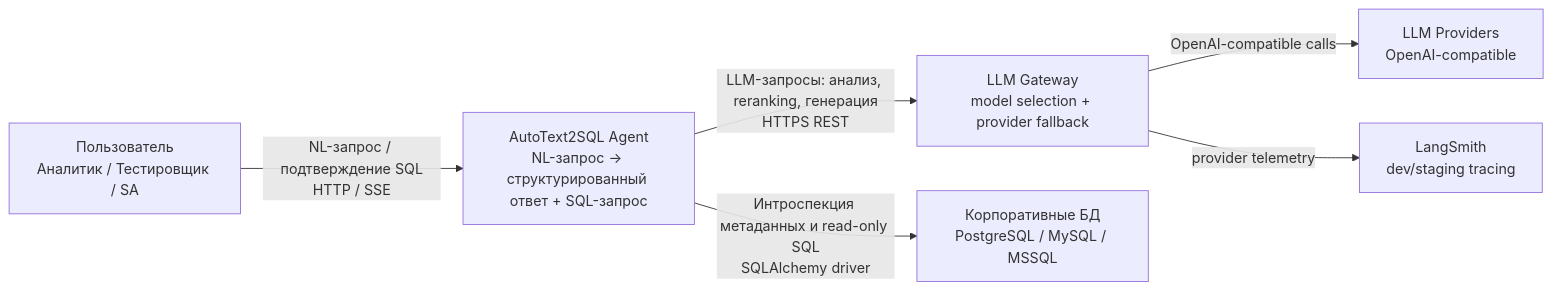
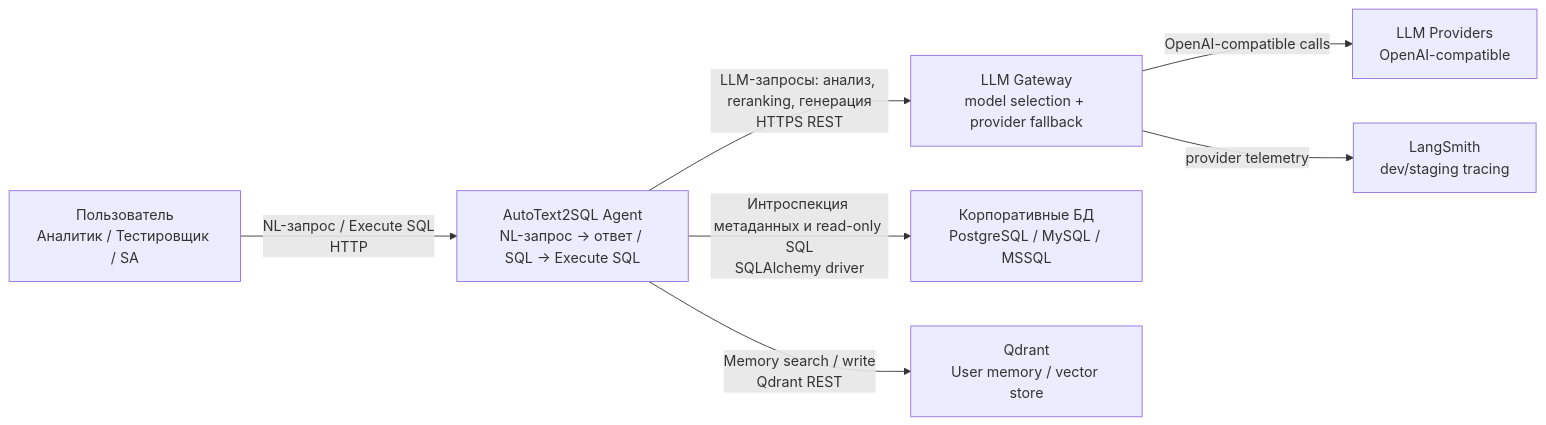
One commit to 1y2u3i4-boop/AutoText2SqlAgent changed the diagram in docs/diagrams/c4-context.md. Above: the diagram before and after it, drawn with Mermaid. The commit also changed other lines of this file and 52 other files, not shown here.

````diff
--- a/docs/diagrams/c4-context.md
+++ b/docs/diagrams/c4-context.md
@@ -5,15 +5,17 @@
 ```mermaid
 flowchart LR
     user["Пользователь<br/>Аналитик / Тестировщик / SA"]
-    agent["AutoText2SQL Agent<br/>NL-запрос -> структурированный ответ + SQL-запрос"]
+    agent["AutoText2SQL Agent<br/>NL-запрос -> ответ / SQL -> Execute SQL"]
     gateway["LLM Gateway<br/>model selection + provider fallback"]
     providers["LLM Providers<br/>OpenAI-compatible"]
     dbs["Корпоративные БД<br/>PostgreSQL / MySQL / MSSQL"]
+    qdrant["Qdrant<br/>User memory / vector store"]
     langsmith["LangSmith<br/>dev/staging tracing"]
 
-    user -->|"NL-запрос / подтверждение SQL<br/>HTTP / SSE"| agent
+    user -->|"NL-запрос / Execute SQL<br/>HTTP"| agent
     agent -->|"LLM-запросы: анализ, reranking, генерация<br/>HTTPS REST"| gateway
     gateway -->|"OpenAI-compatible calls"| providers
     gateway -->|"provider telemetry"| langsmith
     agent -->|"Интроспекция метаданных и read-only SQL<br/>SQLAlchemy driver"| dbs
+    agent -->|"Memory search / write<br/>Qdrant REST"| qdrant
 ```
````
